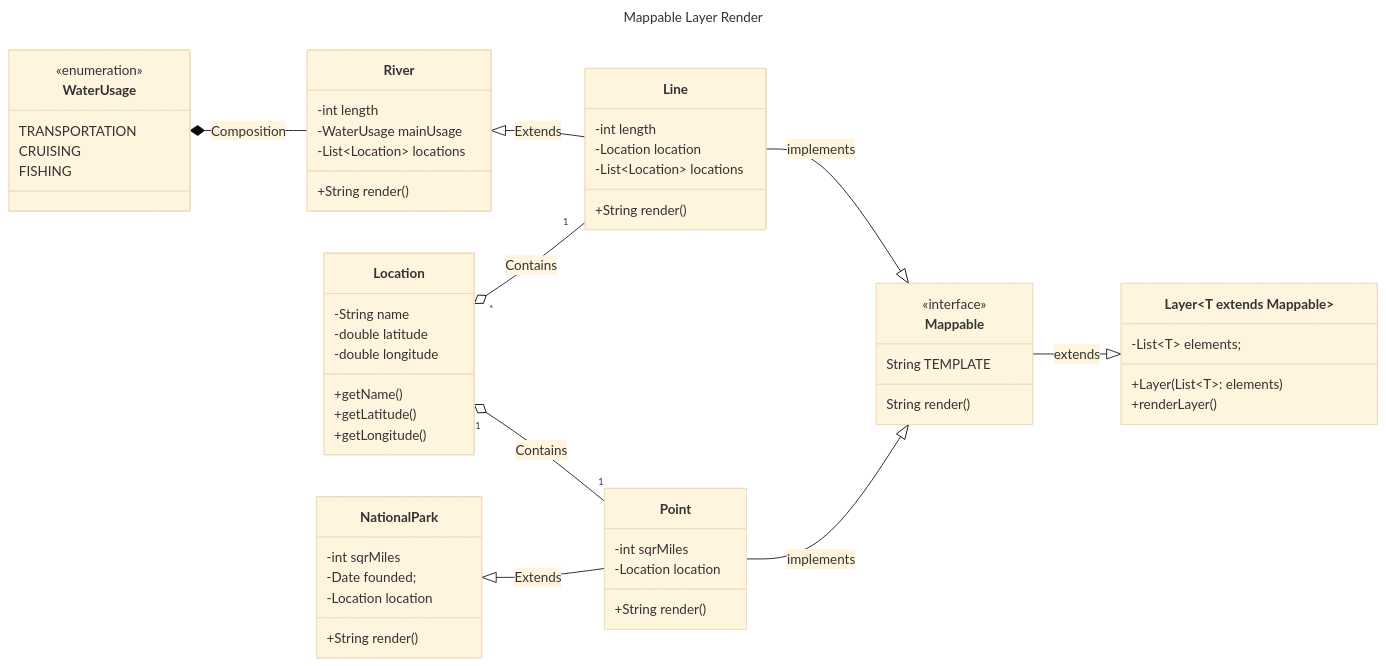
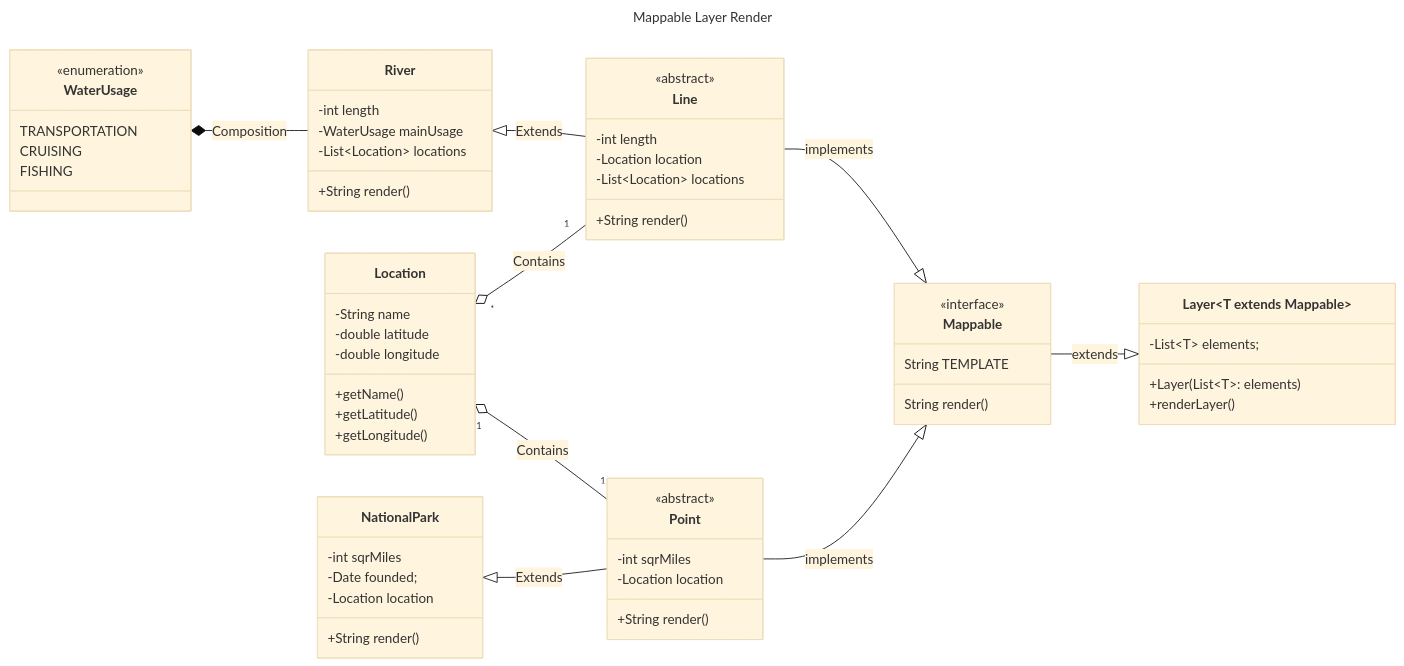
The diagram in README.md (kedicode/GenericClassJava), drawn with Mermaid (base theme) before and after one commit.

Commit message:
change point and line to abstract

````diff
--- a/README.md
+++ b/README.md
@@ -4,68 +4,70 @@
 ```mermaid
 ---
 title: Mappable Layer Render
 ---
 classDiagram
     direction RL
     class Layer~T extends Mappable~{
     -List~T~ elements;
     +Layer(List~T~: elements)
     +renderLayer()
     }
     Layer <|-- Mappable : extends
     class Mappable {
     <<interface>>
     String TEMPLATE
     String render()
     }
     class Line {
+        <<abstract>>
         -int length
         -Location location
         -List~Location~ locations
         +String render()
     }
     
     class River{
         -int length
         -WaterUsage mainUsage
         -List~Location~ locations
         +String render()
     }
     River --* WaterUsage :Composition
     Line --|> River :Extends
     Mappable <|-- Line: implements
     Line "1"--o"*" Location: Contains
     
     class Point {
+        <<abstract>>
         -int sqrMiles
         -Location location
         +String render()
     }
     
     class NationalPark {
         -int sqrMiles
         -Date founded;
         -Location location
         +String render()
     }
     Point --|> NationalPark:Extends
     
     Mappable <| -- Point :implements
     Point "1"--o"1"Location : Contains
     
     class Location{
         -String name
         -double latitude
         -double longitude
         +getName()
         +getLatitude()
         +getLongitude()
     }
     
     class WaterUsage{
         <<enumeration>>
         TRANSPORTATION
         CRUISING
         FISHING
     }
 ```
````
